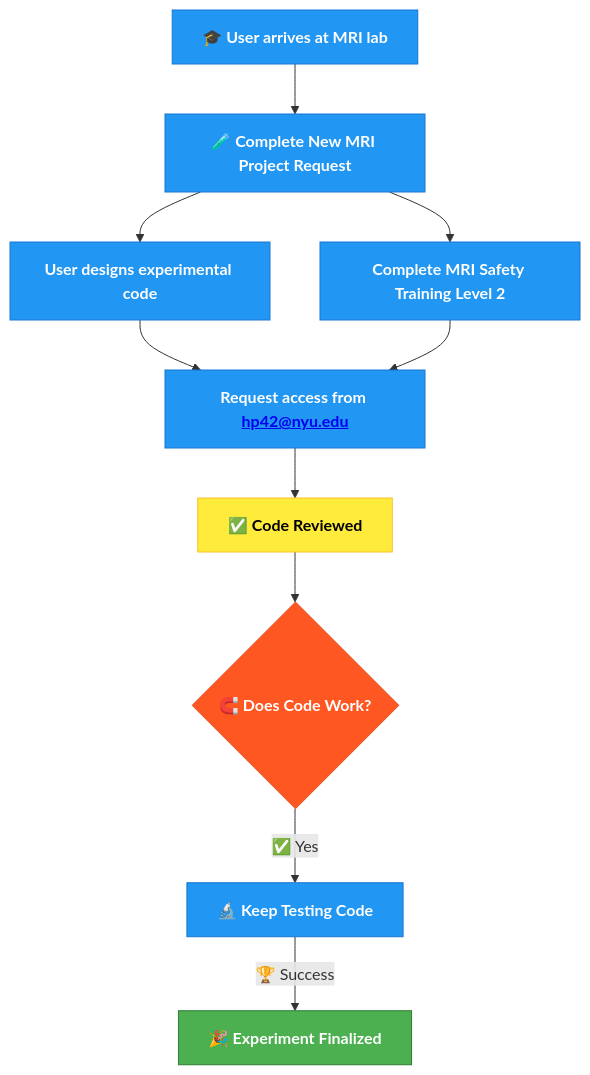
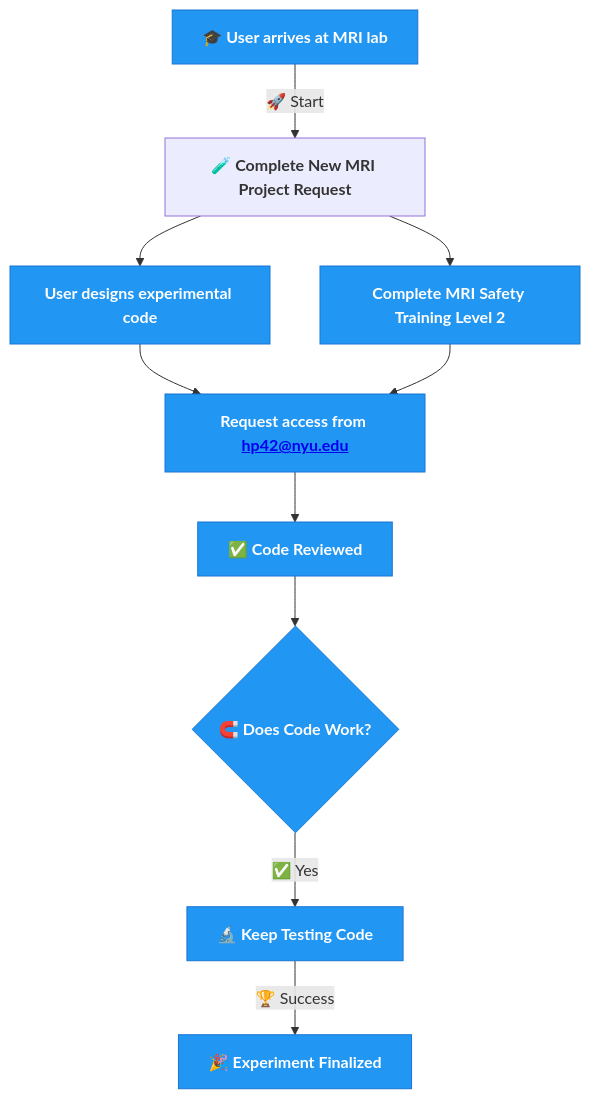
One commit to BioMedicalImaging-Core-NYUAD/brainimaging-lab-documentation changed the diagram in docs/source/1-lab_overview/3-process_diagram.rst. Above: the diagram before and after it, drawn with Mermaid.

Commit message:
added link

```diff
--- a/docs/source/1-lab_overview/3-process_diagram.rst
+++ b/docs/source/1-lab_overview/3-process_diagram.rst
@@ -9,28 +9,25 @@
 .. mermaid::
 
-    graph TD;
-    A[🎓 <b>User arrives at MRI lab</b>] --> B[🧪 <b>Complete New MRI Project Request</b>];
+  graph TD;
+    A[🎓 <b>User arrives at MRI lab</b>] -->|🚀 Start| B[🧪 <b>Complete New MRI Project Request</b>];
     B --> C[<b>User designs experimental code</b>];
     B --> D[<b>Complete MRI Safety Training Level 2</b>];
-    C --> E[<b>Request access from <a href="mailto:hp42@nyu.edu">hp42@nyu.edu</a></b>];
+    C --> E[<b>Request access from <a href="mailto:hp42@nyu.edu" style="color:#ADD8E6;">hp42@nyu.edu</a></b>];
     D --> E;
     E --> F[✅ <b>Code Reviewed</b>];
     F --> G{🧲️ <b>Does Code Work?</b>};
     G --✅ Yes --> H[🔬 <b>Keep Testing Code</b>];
     H -->|🏆 Success| I[🎉 <b>Experiment Finalized</b>];
 
     %% Clickable Nodes
     click B "https://drive.google.com/file/d/10Py1KSAsktpCjU6c3lLuWLqVL2a5ofee/view?usp=drive_link"
     click D "https://app.imagingu.com/courses/personnel-group-ii-yearly"
     click E "mailto:hp42@nyu.edu" "Email hp42@nyu.edu"
 
     %% Style Definitions
     classDef success fill:#4CAF50,stroke:#2E7D32,color:#fff;
     classDef decision fill:#FFEB3B,stroke:#FBC02D,color:#000;
     classDef process fill:#2196F3,stroke:#1976D2,color:#fff;
     classDef warning fill:#FF5722,stroke:#E64A19,color:#fff;
 
-        class A,B,C,D,E,H process;
-        class F decision;
-        class G warning;
-        class I success;
+    class A,C,D,E,F,G,H,I process;
```
